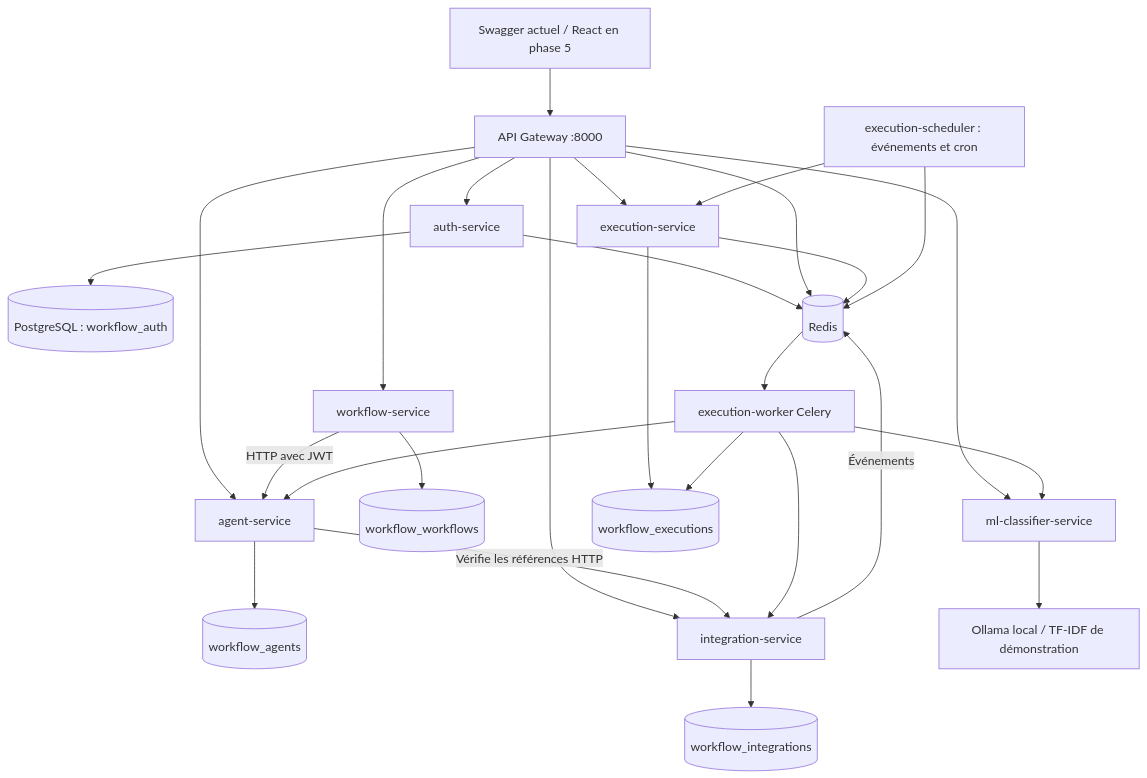
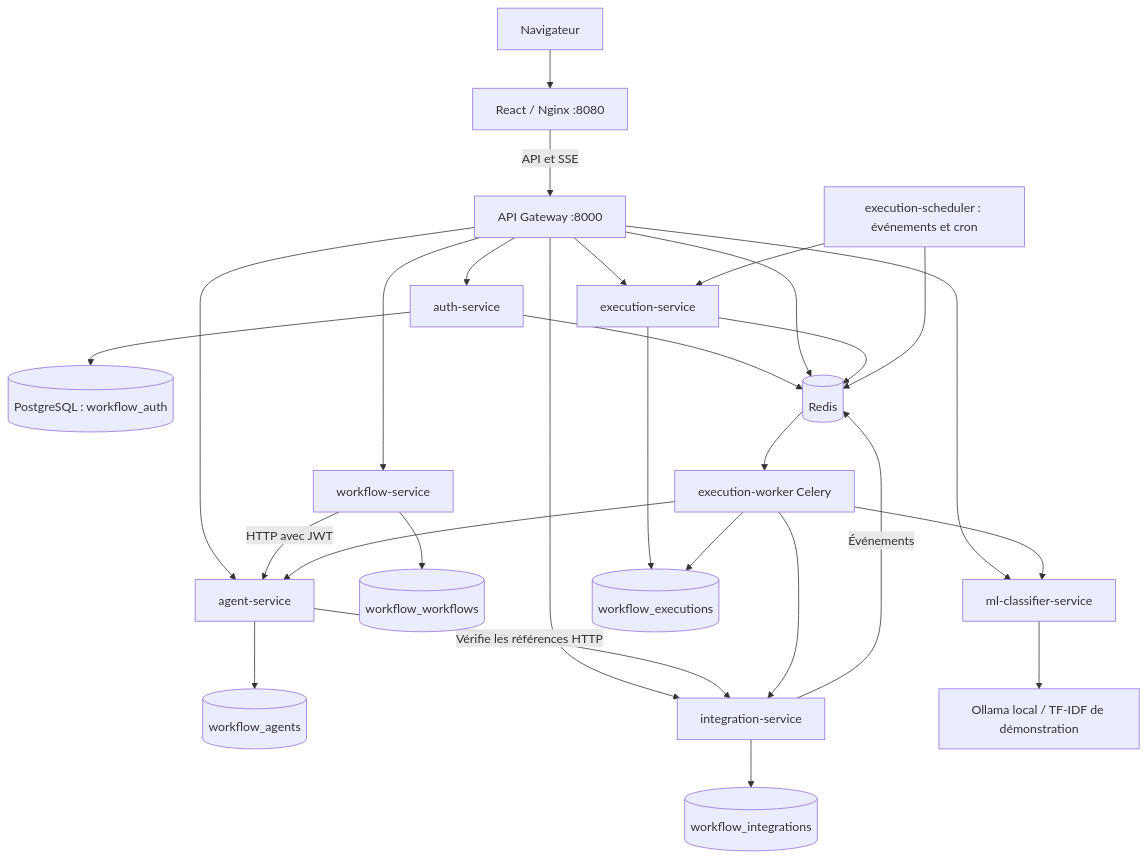
The first of 2 diagrams in README.md (OUEDRAOGOFred/App_Workflow), drawn with Mermaid before and after one commit. The commit also changed other lines of this file and 49 other files, not shown here.

````diff
--- a/README.md
+++ b/README.md
@@ -11,29 +11,30 @@
 ```mermaid
 flowchart TD
-    browser[Swagger actuel / React en phase 5] --> gateway[API Gateway :8000]
+    browser[Navigateur] --> frontend[React / Nginx :8080]
+    frontend -->|API et SSE| gateway[API Gateway :8000]
     gateway --> auth[auth-service]
     auth --> db[(PostgreSQL : workflow_auth)]
     auth --> redis[(Redis)]
     gateway --> redis
     gateway --> agents[agent-service]
     gateway --> workflows[workflow-service]
     workflows -->|HTTP avec JWT| agents
     agents --> agentdb[(workflow_agents)]
     workflows --> workflowdb[(workflow_workflows)]
     gateway --> integrations[integration-service]
     gateway --> ml[ml-classifier-service]
     agents -->|Vérifie les références HTTP| integrations
     integrations --> integrationdb[(workflow_integrations)]
     integrations -->|Événements| redis
     ml --> ollama[Ollama local / TF-IDF de démonstration]
     gateway --> executions[execution-service]
     executions --> executiondb[(workflow_executions)]
     executions --> redis
     redis --> worker[execution-worker Celery]
     scheduler[execution-scheduler : événements et cron] --> redis
     scheduler --> executions
     worker --> agents
     worker --> integrations
     worker --> ml
     worker --> executiondb
 ```
````
